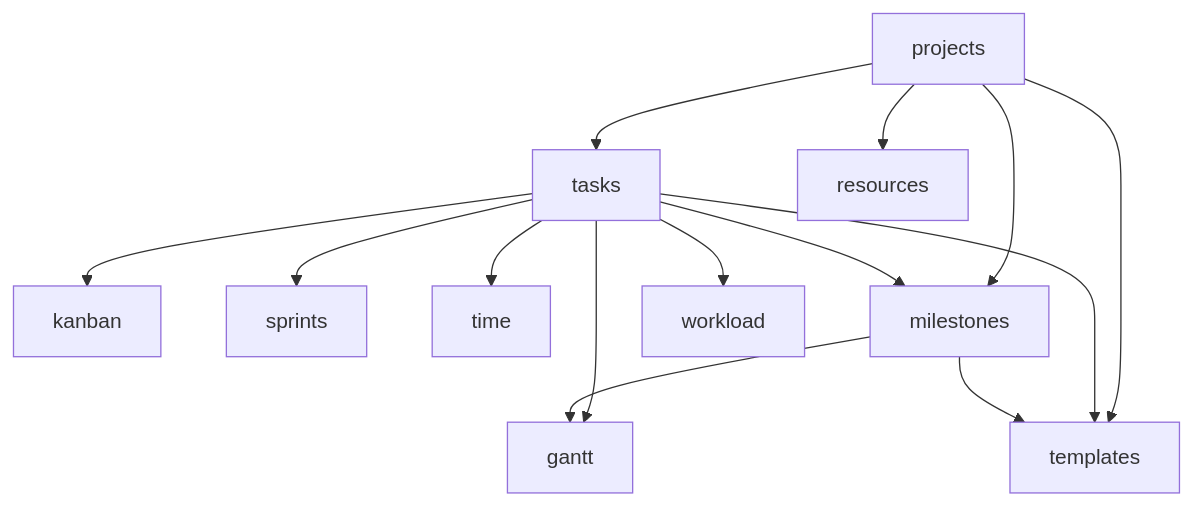
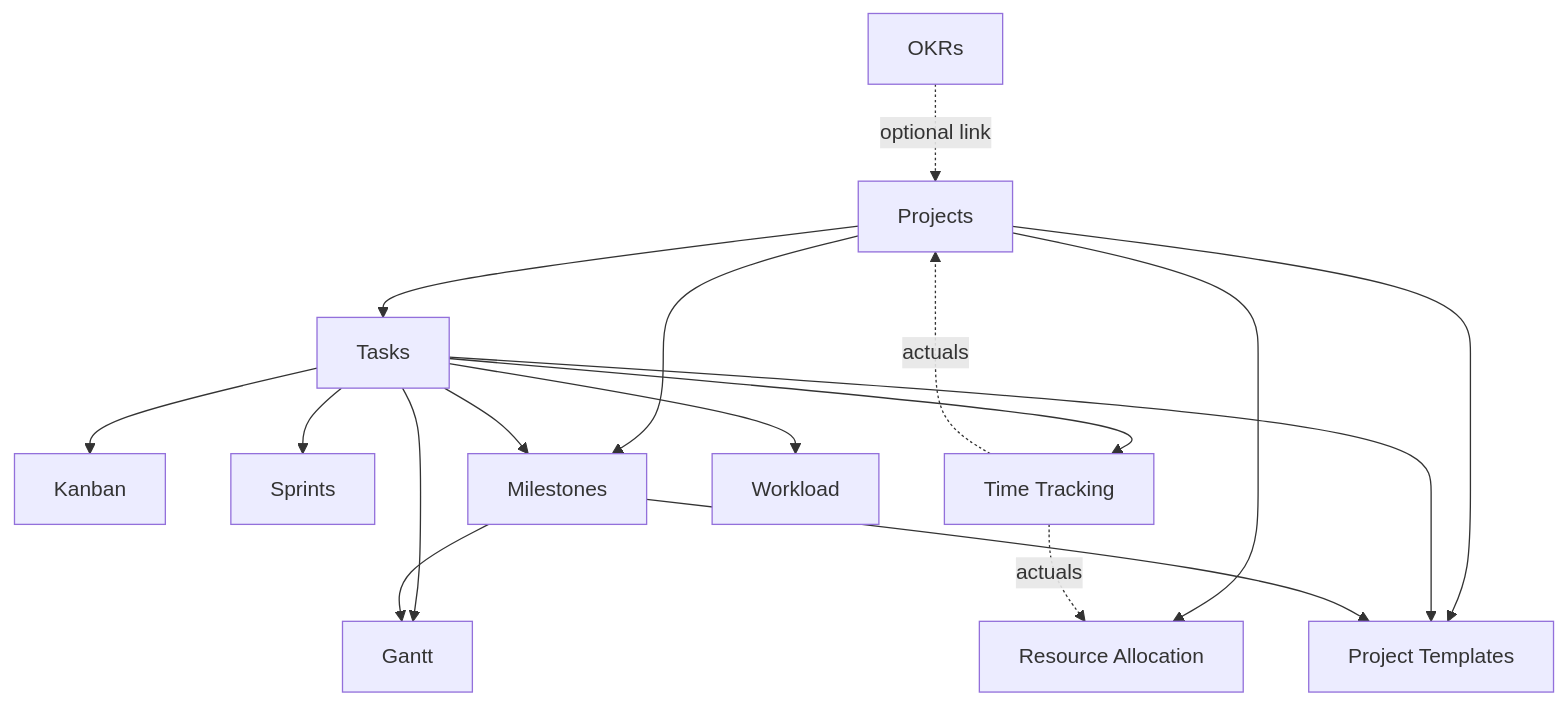
The first of 2 diagrams in vault/domains/projects/_index.md (Max-Nijenkamp/FlowFlex), drawn with Mermaid before and after one commit. The commit also changed other lines of this file and 2956 other files, not shown here.

````diff
--- a/vault/domains/projects/_index.md
+++ b/vault/domains/projects/_index.md
@@ -51,16 +46,19 @@
 ```mermaid
 graph TD
-    projects --> tasks
-    tasks --> kanban
-    tasks --> sprints
-    tasks --> time
-    projects --> milestones
+    projects[Projects] --> tasks[Tasks]
+    tasks --> kanban[Kanban]
+    tasks --> sprints[Sprints]
+    tasks --> time[Time Tracking]
+    projects --> milestones[Milestones]
     tasks --> milestones
-    tasks --> gantt
+    tasks --> gantt[Gantt]
     milestones --> gantt
-    projects --> templates
+    tasks --> workload[Workload]
+    projects --> resources[Resource Allocation]
+    time -.actuals.-> resources
+    time -.actuals.-> projects
+    projects --> templates[Project Templates]
     tasks --> templates
     milestones --> templates
-    tasks --> workload
-    projects --> resources
+    okrs[OKRs] -.optional link.-> projects
 ```
````
